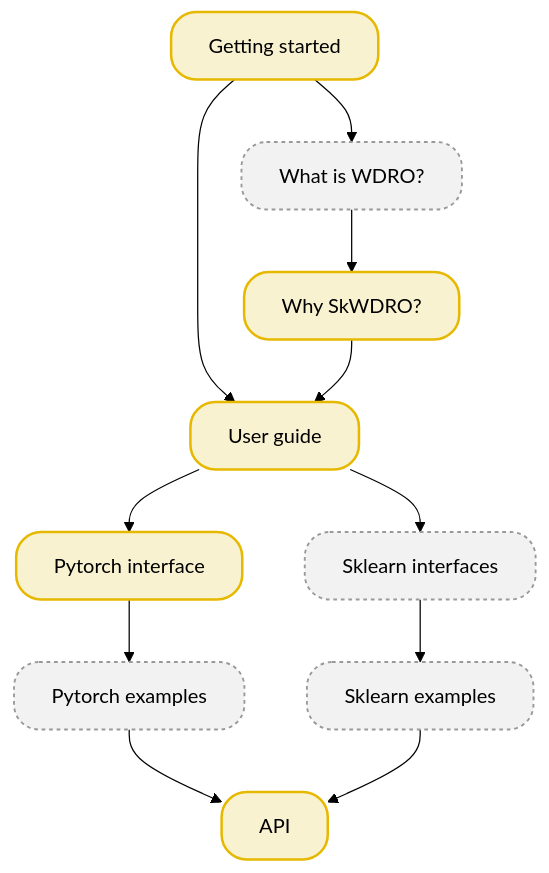
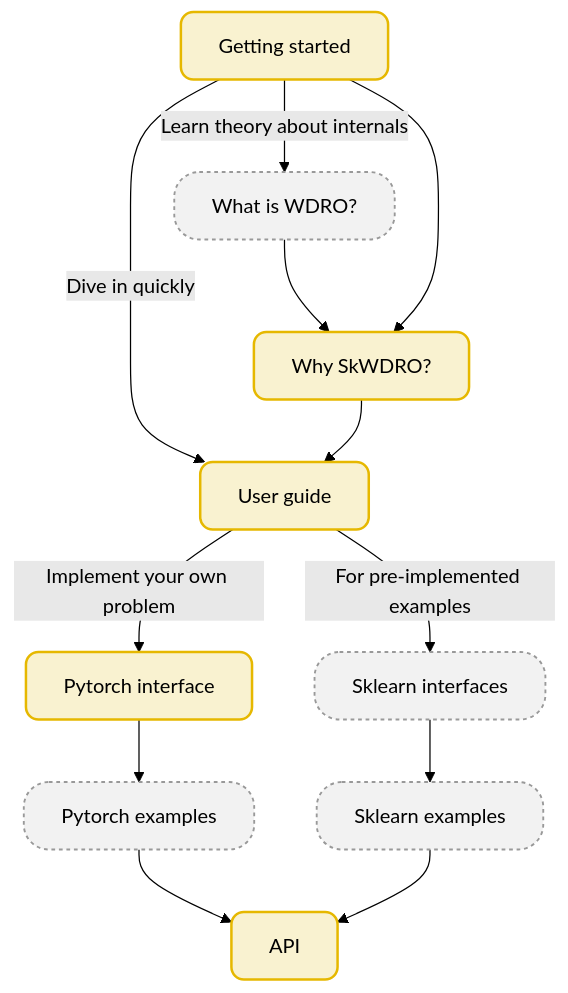
One commit to iutzeler/skwdro changed the diagram in doc/index.rst. Above: the diagram before and after it, drawn with Mermaid (forest theme). The commit also changed other lines of this file and 3 other files, not shown here.

Commit message:
[DOC][FEAT] Added reading order with Mermaid

```diff
--- a/doc/index.rst
+++ b/doc/index.rst
@@ -54,32 +182,33 @@
 .. mermaid::
 
    flowchart TD
       A["Getting started"]:::important
-      A --> B["User guide"]:::important
-      A --> C["What is WDRO?"]:::normal
+      A -->|"Dive in quickly"| B["User guide"]:::important
+      A -->|"Learn theory about internals"| C["What is WDRO?"]:::normal
       C --> D["Why SkWDRO?"]:::important
+      A --> D
       D --> B
 
-      B --> F["Pytorch interface"]:::important
+      B -->|"Implement your own problem"| F["Pytorch interface"]:::important
       F --> G["Pytorch examples"]:::normal
 
-      B --> H["Sklearn interfaces"]:::normal
+      B -->|"For pre-implemented examples"| H["Sklearn interfaces"]:::normal
       H --> I["Sklearn examples"]:::normal
 
       G --> J["API"]:::important
       I --> J
 
       %% Styles
-      classDef important fill:#f9f2d0,stroke:#e6b800,stroke-width:2px,color:black,rx:20px,ry:20px;
-      classDef normal fill:#f2f2f2,stroke:#999999,stroke-width:1.5px,color:black,stroke-dasharray:3 3,rx:20px,ry:20px;
+      classDef important color:#EE8888,fill:#f9f2d0,stroke:#e6b800,stroke-width:2px,color:black,rx:10px,ry:10px;
+      classDef normal color:#888888,fill:#f2f2f2,stroke:#999999,stroke-width:1.5px,color:black,stroke-dasharray:3 3,rx:20px,ry:20px;
 
       %% Hyperlinks
       click A "quick_start.html"
       click B "user_guide.html"
       click C "wdro.html"
       click D "why_skwdro.html"
       click F "pytorch.html"
       click G "examples/Custom/index.html"
       click H "sklearn.html"
       click I "examples/Builtin/index.html"
       click J "api_deepdive/submodules.html"
```
